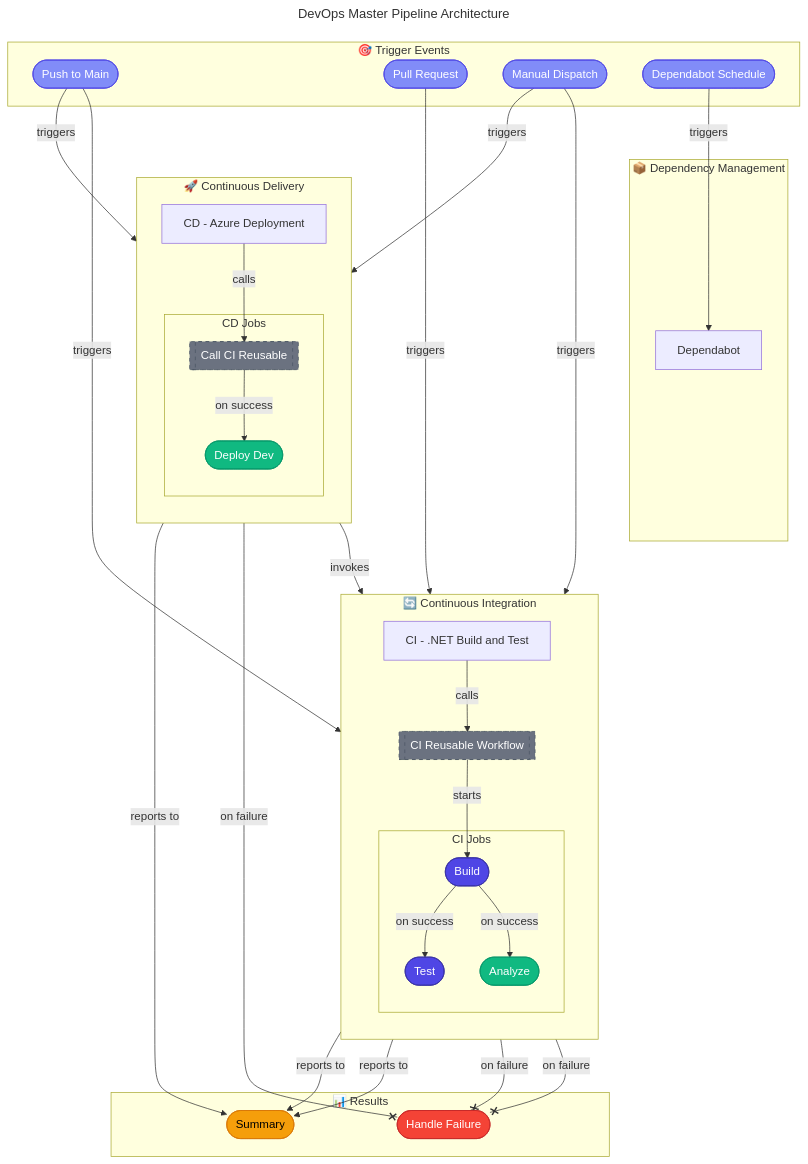
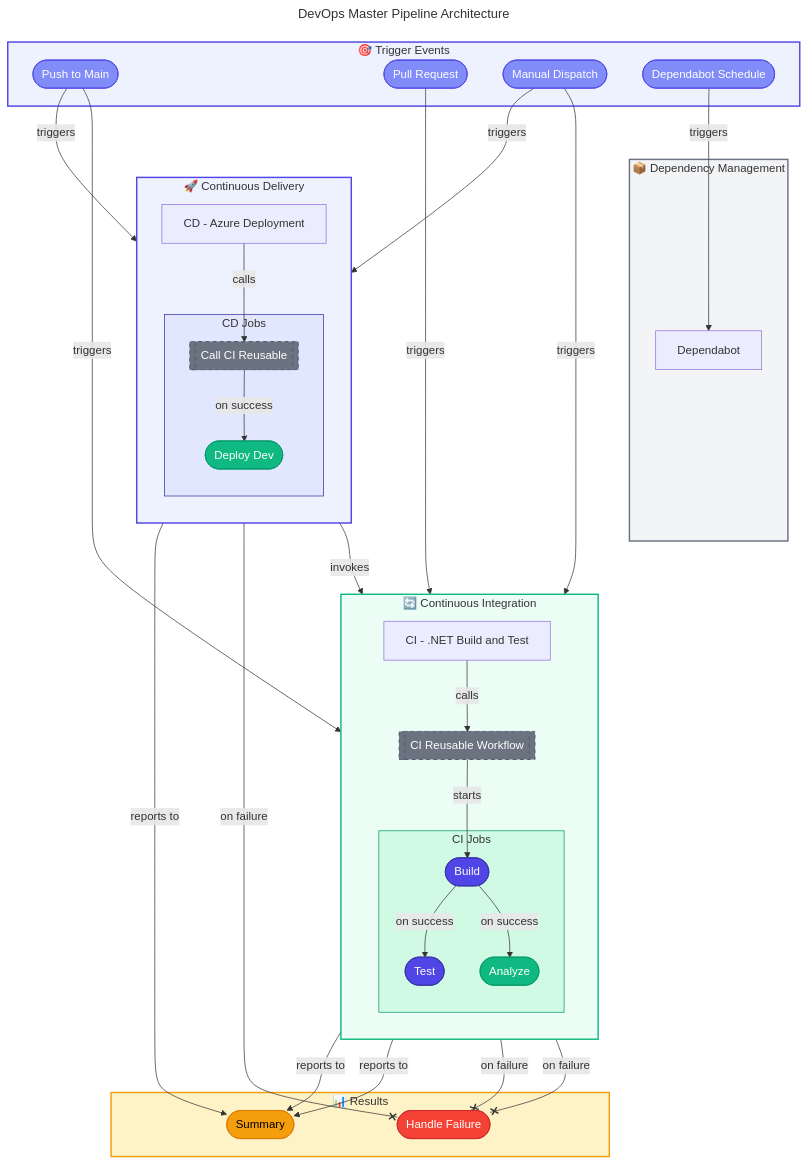
One commit to Evilazaro/Azure-LogicApps-Monitoring changed the diagram in docs/devops/README.md. Above: the diagram before and after it, drawn with Mermaid. The commit also changed 3 other files, not shown here.

Commit message:
docs: Enhance diagram styling for improved clarity and consistency across multiple documentation files

```diff
--- a/docs/devops/README.md
+++ b/docs/devops/README.md
@@ -120,6 +120,15 @@
     %% Data stores: Amber - reporting
     classDef datastore fill:#F59E0B,stroke:#D97706,color:#000000
 
+    %% Subgraph background styling - lighter shades with transparency
+    style TriggersGroup fill:#EEF2FF,stroke:#4F46E5,stroke-width:2px
+    style CIGroup fill:#ECFDF5,stroke:#10B981,stroke-width:2px
+    style CIJobs fill:#D1FAE5,stroke:#059669,stroke-width:1px
+    style CDGroup fill:#EEF2FF,stroke:#4F46E5,stroke-width:2px
+    style CDJobs fill:#E0E7FF,stroke:#3730A3,stroke-width:1px
+    style DMGroup fill:#F3F4F6,stroke:#6B7280,stroke-width:2px
+    style ResultsGroup fill:#FEF3C7,stroke:#F59E0B,stroke-width:2px
+
     %% Apply styles to nodes
     class push,pr,manual,schedule trigger
     class build,test primary
```
